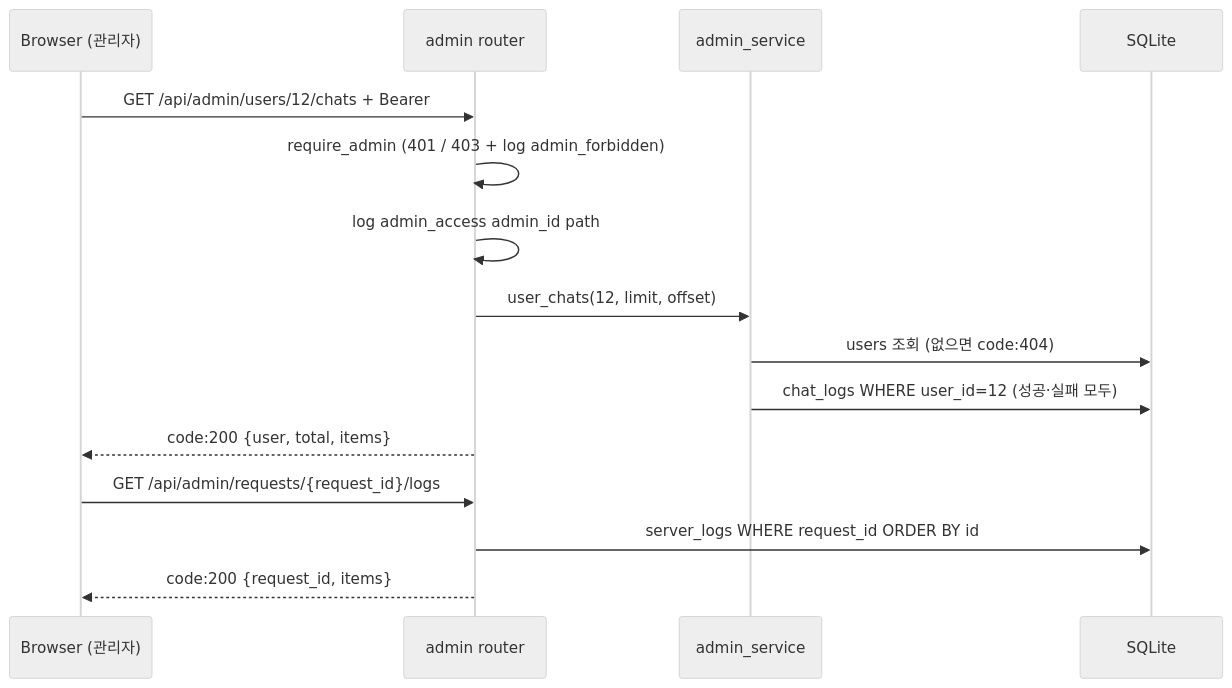
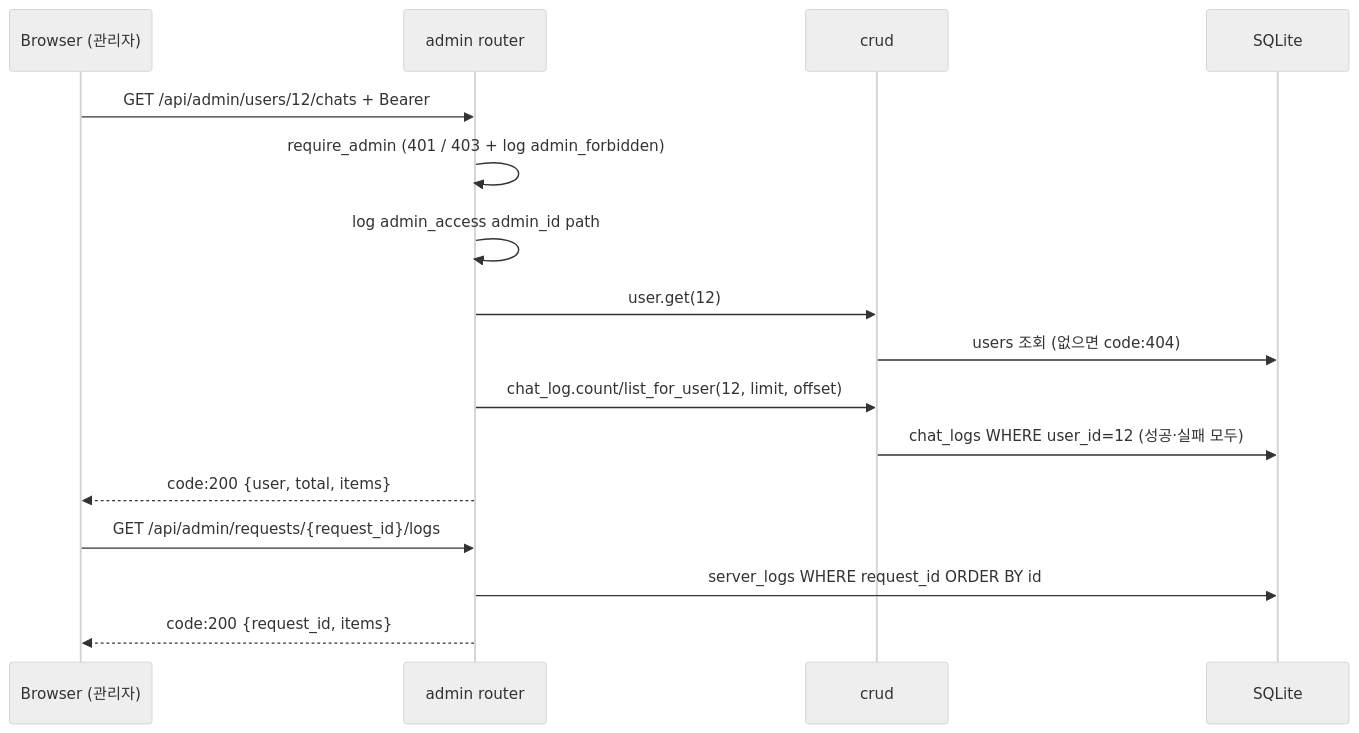
One commit to b7-1-chatbot-team/B7-1-chatbot changed the sixth of 6 diagrams in docs/02-architecture.md. Above: the diagram before and after it, drawn with Mermaid (neutral theme). The commit also changed other lines of this file and 10 other files, not shown here.

````diff
--- a/docs/02-architecture.md
+++ b/docs/02-architecture.md
@@ -367,17 +372,18 @@
 ```mermaid
 sequenceDiagram
     participant B as Browser (관리자)
     participant R as admin router
-    participant S as admin_service
+    participant C as crud
     participant D as SQLite
     B->>R: GET /api/admin/users/12/chats + Bearer
     R->>R: require_admin (401 / 403 + log admin_forbidden)
     R->>R: log admin_access admin_id path
-    R->>S: user_chats(12, limit, offset)
-    S->>D: users 조회 (없으면 code:404)
-    S->>D: chat_logs WHERE user_id=12 (성공·실패 모두)
+    R->>C: user.get(12)
+    C->>D: users 조회 (없으면 code:404)
+    R->>C: chat_log.count/list_for_user(12, limit, offset)
+    C->>D: chat_logs WHERE user_id=12 (성공·실패 모두)
     R-->>B: code:200 {user, total, items}
     B->>R: GET /api/admin/requests/{request_id}/logs
     R->>D: server_logs WHERE request_id ORDER BY id
     R-->>B: code:200 {request_id, items}
 ```
````
